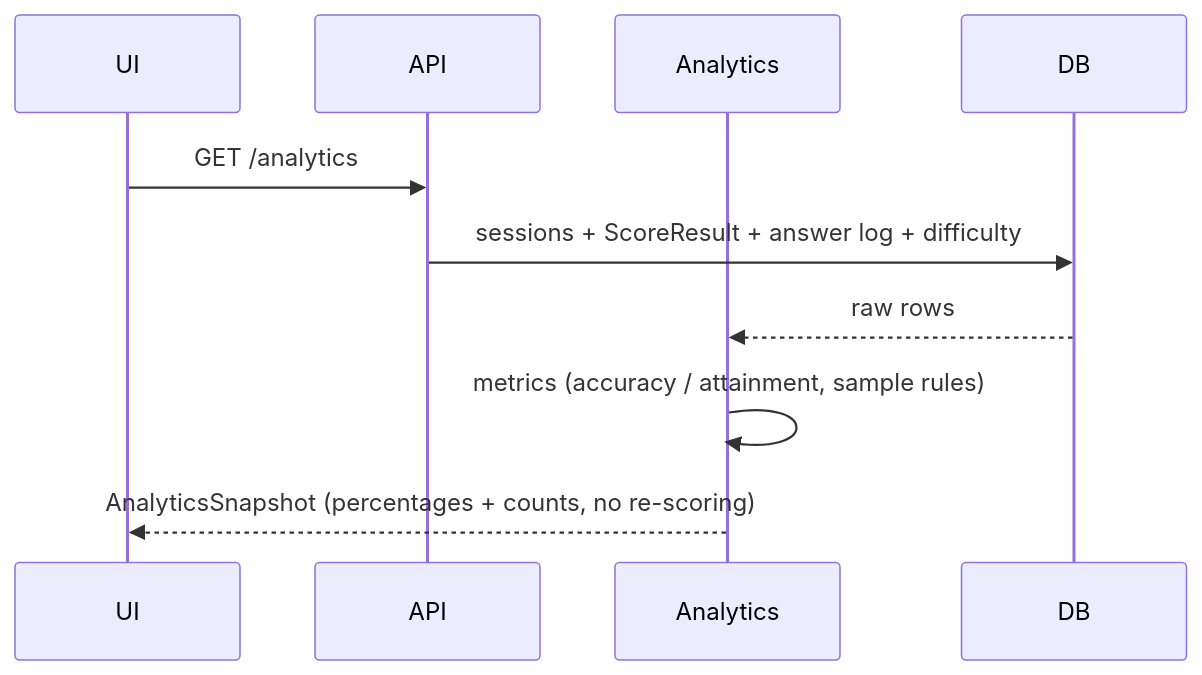
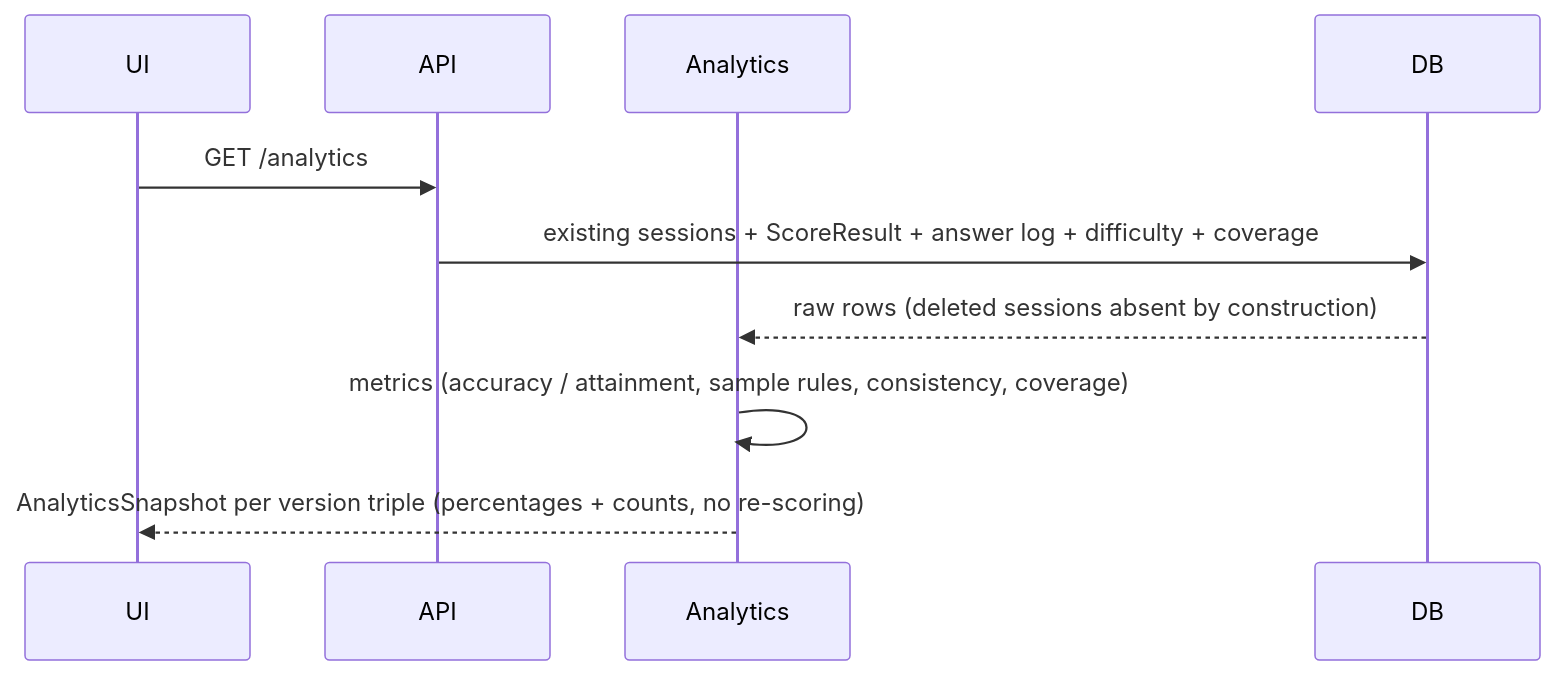
Before and after one commit to Sakbanullah/tryoutsim: the fourth of 8 diagrams in docs/architecture/DATA_FLOW.md, drawn with Mermaid. The commit also changed other lines of this file and 74 other files, not shown here.

````diff
--- a/docs/architecture/DATA_FLOW.md
+++ b/docs/architecture/DATA_FLOW.md
@@ -70,12 +88,12 @@
 ```mermaid
 sequenceDiagram
   participant UI
   participant API
   participant Analytics
   participant DB
   UI->>API: GET /analytics
-  API->>DB: sessions + ScoreResult + answer log + difficulty
-  DB-->>Analytics: raw rows
-  Analytics->>Analytics: metrics (accuracy / attainment, sample rules)
-  Analytics-->>UI: AnalyticsSnapshot (percentages + counts, no re-scoring)
+  API->>DB: existing sessions + ScoreResult + answer log + difficulty + coverage
+  DB-->>Analytics: raw rows (deleted sessions absent by construction)
+  Analytics->>Analytics: metrics (accuracy / attainment, sample rules, consistency, coverage)
+  Analytics-->>UI: AnalyticsSnapshot per version triple (percentages + counts, no re-scoring)
 ```
````
